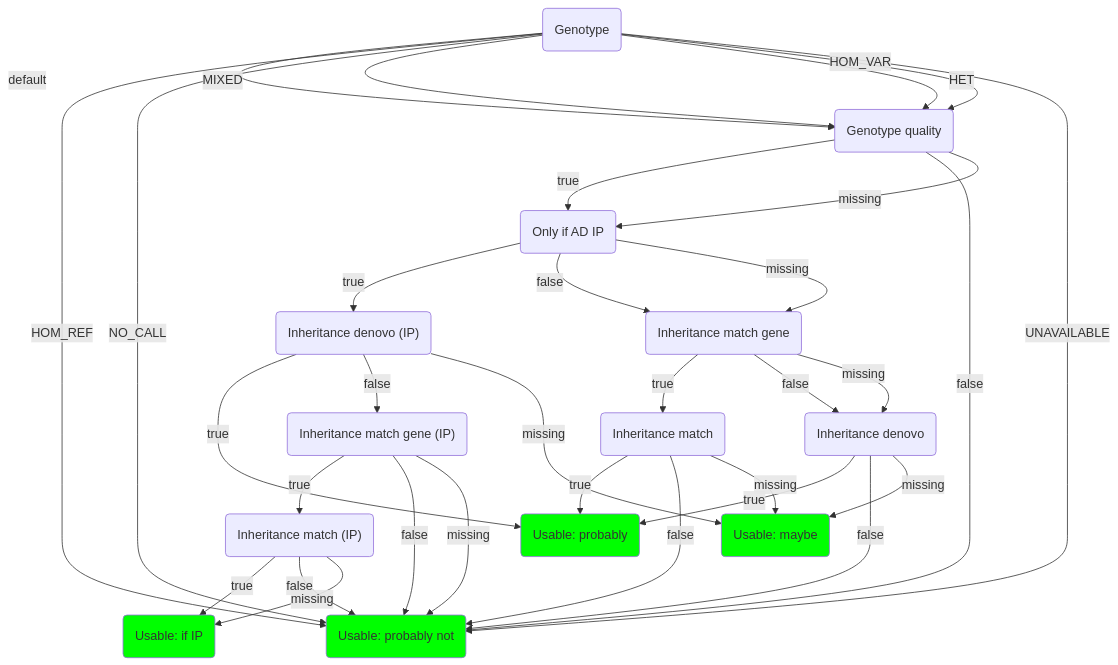
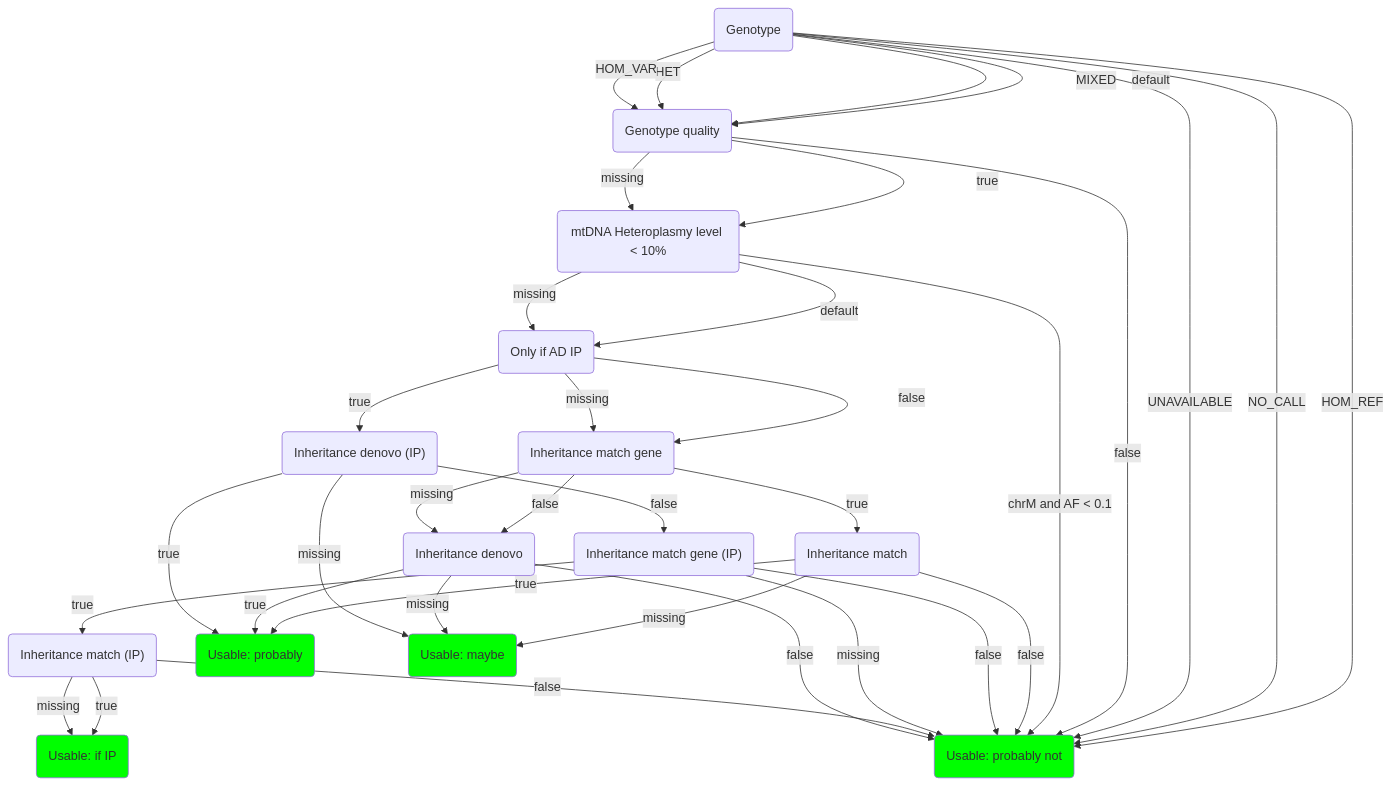
The second of 2 diagrams in docs/advanced/classification_trees.md (molgenis/vip), drawn with Mermaid before and after one commit. The commit also changed 2 other files, not shown here.

Commit message:
Feat/filter hl10 mtdna variants (#860)
* Add node for filtering mtdna variants with hl smaller than 10 perc to samples decision tree

* update branch with main, change fazzini test to keep u3 variants and update samples tree in docs

* Implement suggested PR changes

````diff
--- a/docs/advanced/classification_trees.md
+++ b/docs/advanced/classification_trees.md
@@ -138,51 +138,55 @@
 ```mermaid
 flowchart TD
 gt_("Genotype")
 gq_("Genotype quality")
+mt_hl_filtering_("mtDNA Heteroplasmy level < 10%")
 only_IP_("Only if AD IP")
 vig_("Inheritance match gene")
 vim_("Inheritance match")
 vig_IP_("Inheritance match gene (IP)")
 vim_IP_("Inheritance match (IP)")
 vid_("Inheritance denovo")
 vid_IP_("Inheritance denovo (IP)")
 exit_u1_("Usable: probably")
 style exit_u1_ fill:#00ff00
 exit_u2_("Usable: maybe")
 style exit_u2_ fill:#00ff00
 exit_u3_("Usable: probably not")
 style exit_u3_ fill:#00ff00
 exit_u4_("Usable: if IP")
 style exit_u4_ fill:#00ff00
 gt_ -->|"default"| gq_
 gt_ -->|"HOM_REF"| exit_u3_
 gt_ -->|"NO_CALL"| exit_u3_
 gt_ -->|"MIXED"| gq_
 gt_ -->|"HET"| gq_
 gt_ -->|"HOM_VAR"| gq_
 gt_ -->|"UNAVAILABLE"| exit_u3_
-gq_ -->|"true"| only_IP_
+gq_ -->|"true"| mt_hl_filtering_
 gq_ -->|"false"| exit_u3_
-gq_ -->|"missing"| only_IP_
+gq_ -->|"missing"| mt_hl_filtering_
+mt_hl_filtering_ -->|"default"| only_IP_
+mt_hl_filtering_ -->|"chrM and AF < 0.1"| exit_u3_
+mt_hl_filtering_ -->|"missing"| only_IP_
 only_IP_ -->|"true"| vid_IP_
 only_IP_ -->|"false"| vig_
 only_IP_ -->|"missing"| vig_
 vig_ -->|"true"| vim_
 vig_ -->|"false"| vid_
 vig_ -->|"missing"| vid_
 vim_ -->|"true"| exit_u1_
 vim_ -->|"false"| exit_u3_
 vim_ -->|"missing"| exit_u2_
 vig_IP_ -->|"true"| vim_IP_
 vig_IP_ -->|"false"| exit_u3_
 vig_IP_ -->|"missing"| exit_u3_
 vim_IP_ -->|"true"| exit_u4_
 vim_IP_ -->|"false"| exit_u3_
 vim_IP_ -->|"missing"| exit_u4_
 vid_ -->|"true"| exit_u1_
 vid_ -->|"false"| exit_u3_
 vid_ -->|"missing"| exit_u2_
 vid_IP_ -->|"true"| exit_u1_
 vid_IP_ -->|"false"| vig_IP_
 vid_IP_ -->|"missing"| exit_u2_
 ```
````
